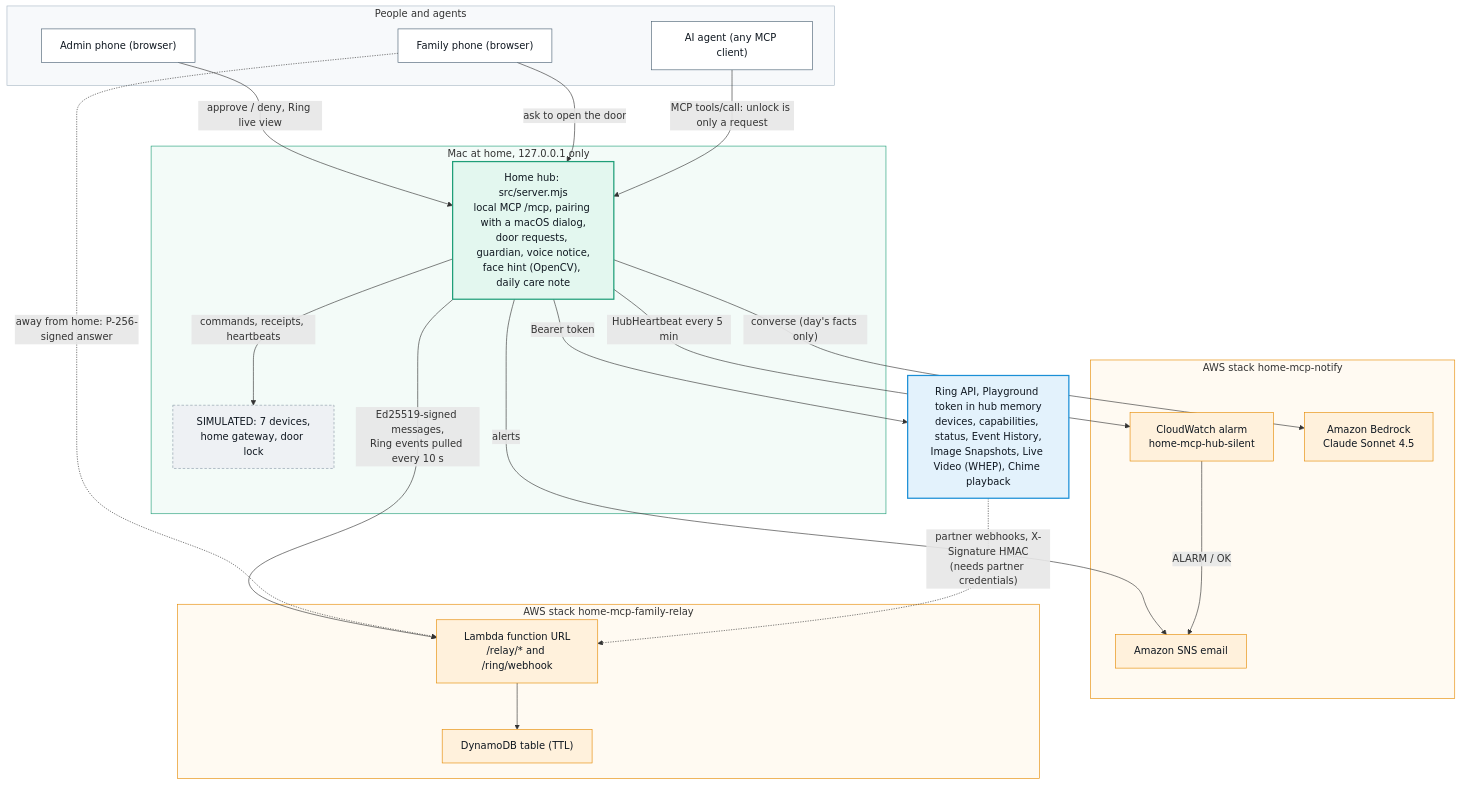
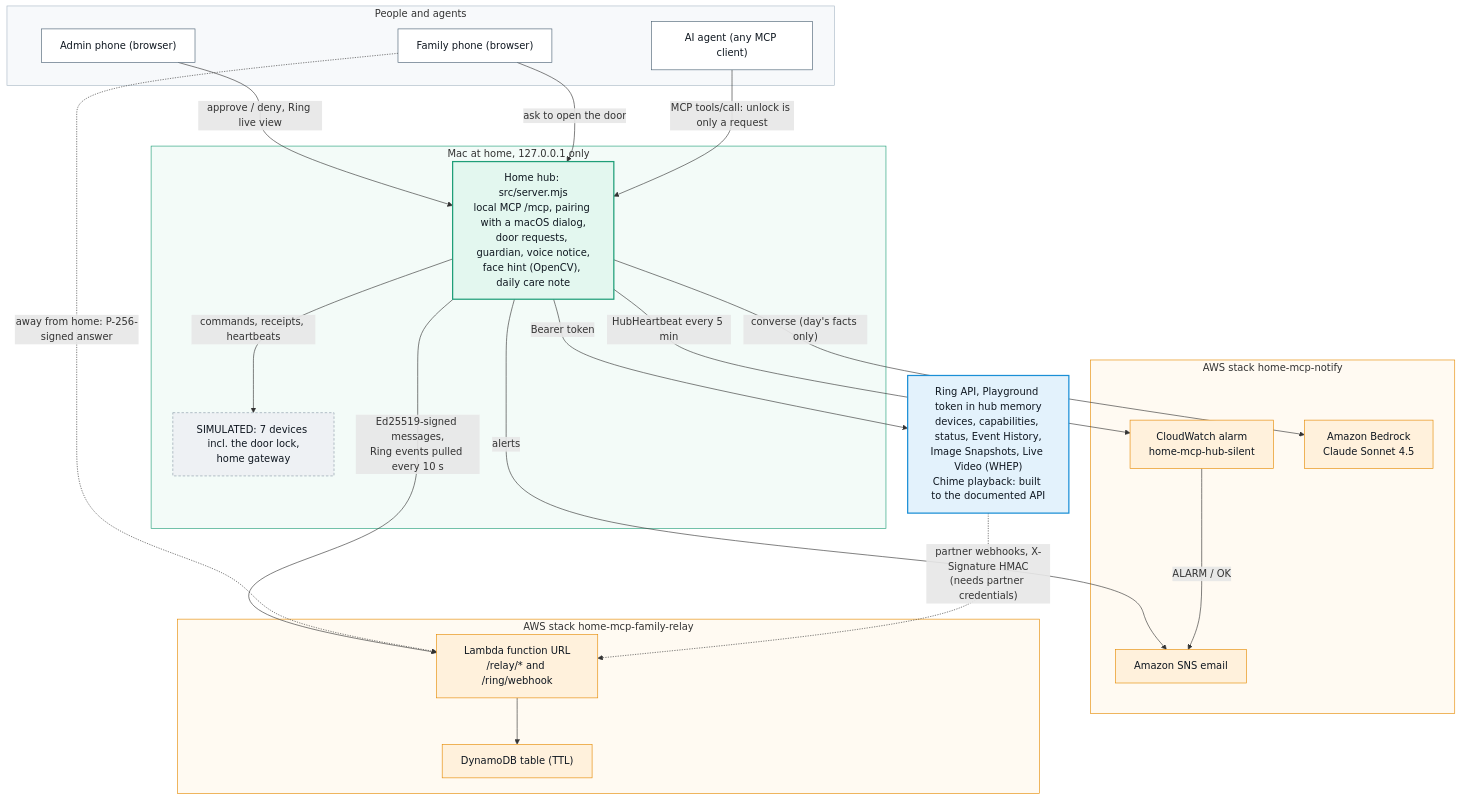
One commit to jiarong0423/ring-home-mcp-hub changed the first of 5 diagrams in docs/ARCHITECTURE.md. Above: the diagram before and after it, drawn with Mermaid. The commit also changed other lines of this file and 16 other files, not shown here.

````diff
--- a/docs/ARCHITECTURE.md
+++ b/docs/ARCHITECTURE.md
@@ -15,49 +15,49 @@
 ```mermaid
 flowchart TB
   subgraph PEOPLE["People and agents"]
     AP["Admin phone (browser)"]
     FP["Family phone (browser)"]
     AG["AI agent (any MCP client)"]
   end
   subgraph MAC["Mac at home, 127.0.0.1 only"]
     HUB["Home hub: src/server.mjs<br/>local MCP /mcp, pairing with a macOS dialog,<br/>door requests, guardian, voice notice,<br/>face hint (OpenCV), daily care note"]
-    SIM["SIMULATED: 7 devices,<br/>home gateway, door lock"]
+    SIM["SIMULATED: 7 devices incl. the door lock,<br/>home gateway"]
   end
-  RING["Ring API, Playground token in hub memory<br/>devices, capabilities, status, Event History,<br/>Image Snapshots, Live Video (WHEP), Chime playback"]
+  RING["Ring API, Playground token in hub memory<br/>devices, capabilities, status, Event History,<br/>Image Snapshots, Live Video (WHEP)<br/>Chime playback: built to the documented API"]
   subgraph NOTIFY["AWS stack home-mcp-notify"]
     SNS["Amazon SNS email"]
     CW["CloudWatch alarm<br/>home-mcp-hub-silent"]
     BR["Amazon Bedrock<br/>Claude Sonnet 4.5"]
   end
   subgraph RELAY["AWS stack home-mcp-family-relay"]
     FURL["Lambda function URL<br/>/relay/* and /ring/webhook"]
     DDB["DynamoDB table (TTL)"]
   end
   AP -- "approve / deny, Ring live view" --> HUB
   FP -- "ask to open the door" --> HUB
   AG -- "MCP tools/call: unlock is only a request" --> HUB
   HUB -- "commands, receipts, heartbeats" --> SIM
   HUB -- "Bearer token" --> RING
   HUB -- "alerts" --> SNS
   HUB -- "HubHeartbeat every 5 min" --> CW
   CW -- "ALARM / OK" --> SNS
   HUB -- "converse (day's facts only)" --> BR
   HUB -- "Ed25519-signed messages,<br/>Ring events pulled every 10 s" --> FURL
   FP -. "away from home: P-256-signed answer" .-> FURL
   RING -. "partner webhooks, X-Signature HMAC<br/>(needs partner credentials)" .-> FURL
   FURL --> DDB
   classDef people fill:#ffffff,stroke:#4a6073,color:#0f1720
   classDef hub fill:#e3f7ef,stroke:#1f9e78,stroke-width:2px,color:#0f1720
   classDef sim fill:#eef1f4,stroke:#8a9aa8,stroke-dasharray:4 3,color:#0f1720
   classDef ring fill:#e3f2fc,stroke:#1a8fd6,stroke-width:2px,color:#0f1720
   classDef aws fill:#fff1dc,stroke:#e68a00,color:#0f1720
   class AP,FP,AG people
   class HUB hub
   class SIM sim
   class RING ring
   class SNS,CW,BR,FURL,DDB aws
   style MAC fill:#f3fbf8,stroke:#1f9e78
   style NOTIFY fill:#fffaf2,stroke:#e68a00
   style RELAY fill:#fffaf2,stroke:#e68a00
   style PEOPLE fill:#f7f9fb,stroke:#a9b8c6
 ```
````
